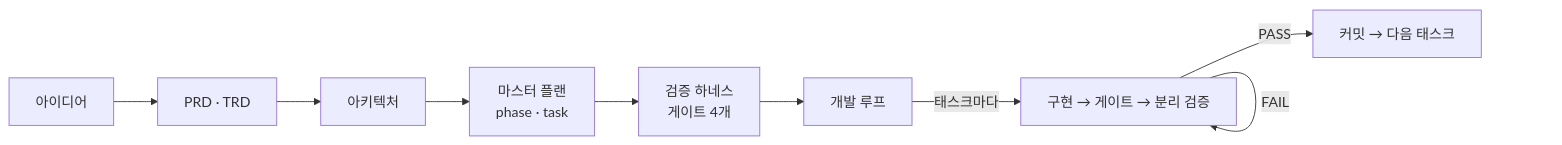
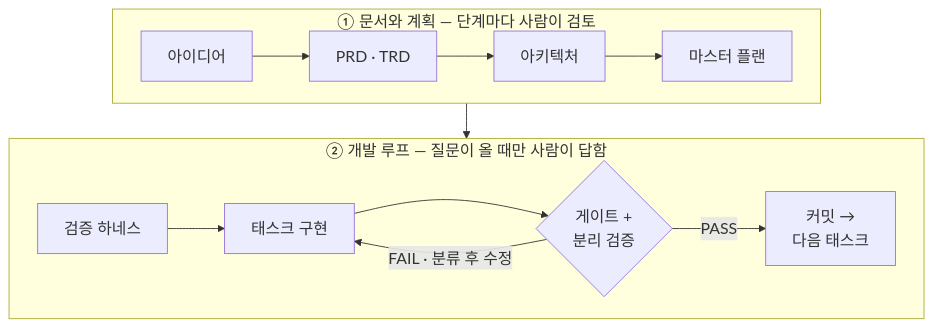
One commit to GangJaeYu/harness_loop_full_korean changed the diagram in README.md. Above: the diagram before and after it, drawn with Mermaid. The commit also changed 1 other file, not shown here.

Commit message:
README 흐름도 가독성 — 가로 한 줄(9노드)을 두 줄(문서와 계획 / 개발 루프)로 나누고 글자 크기 18px

````diff
--- a/README.md
+++ b/README.md
@@ -20,11 +20,15 @@
 ```mermaid
-flowchart LR
-    A[아이디어] --> B[PRD · TRD]
-    B --> C[아키텍처]
-    C --> D[마스터 플랜<br/>phase · task]
-    D --> E[검증 하네스<br/>게이트 4개]
-    E --> F[개발 루프]
-    F -->|태스크마다| G[구현 → 게이트 → 분리 검증]
-    G -->|FAIL| G
-    G -->|PASS| H[커밋 → 다음 태스크]
+%%{init: {'themeVariables': {'fontSize': '18px'}, 'flowchart': {'nodeSpacing': 30, 'rankSpacing': 40}}}%%
+flowchart TB
+    subgraph S1["① 문서와 계획 — 단계마다 사람이 검토"]
+        direction LR
+        A[아이디어] --> B[PRD · TRD] --> C[아키텍처] --> D[마스터 플랜]
+    end
+    subgraph S2["② 개발 루프 — 질문이 올 때만 사람이 답함"]
+        direction LR
+        E[검증 하네스] --> G[태스크 구현] --> V{게이트 +<br/>분리 검증}
+        V -->|FAIL · 분류 후 수정| G
+        V -->|PASS| H[커밋 →<br/>다음 태스크]
+    end
+    S1 --> S2
 ```
````
